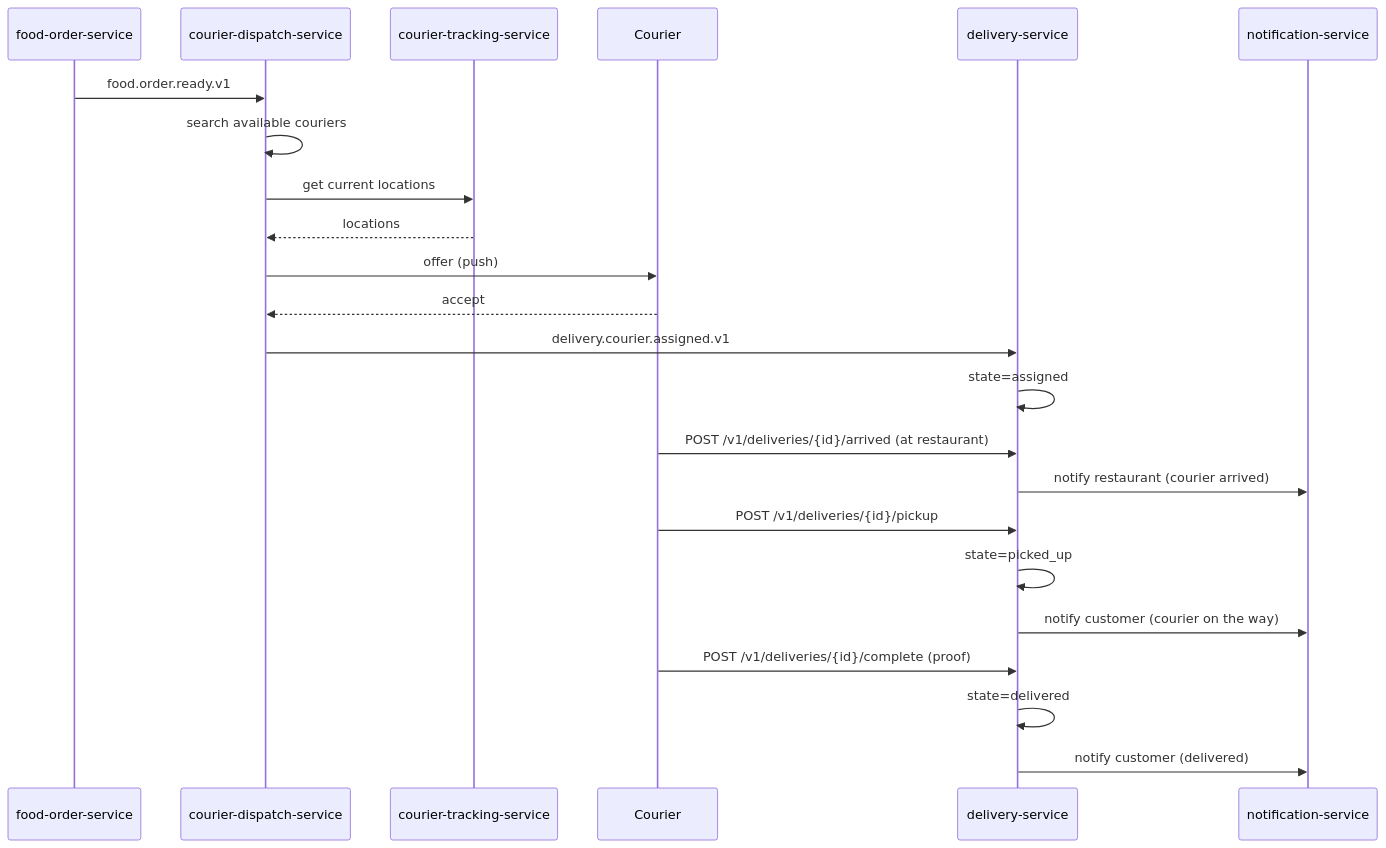
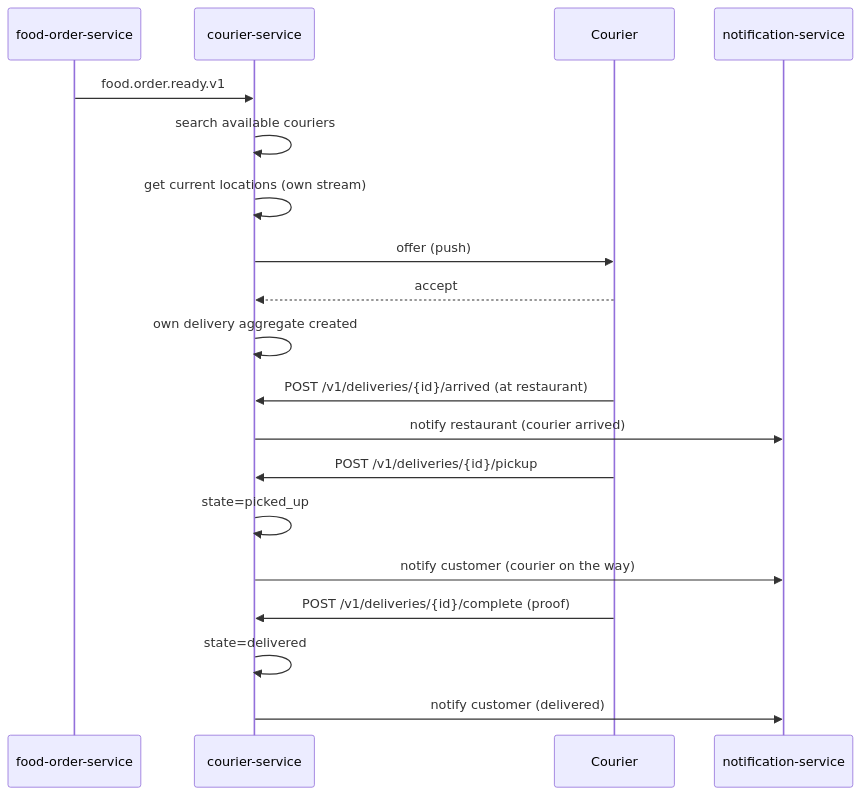
The fifth of 12 diagrams in docs/workflows/FOOD_ORDER_WORKFLOWS.md (mohamedhabibwork/trips-enjoy-docs), drawn with Mermaid before and after one commit. The commit also changed other lines of this file and 525 other files, not shown here.

````diff
--- a/docs/workflows/FOOD_ORDER_WORKFLOWS.md
+++ b/docs/workflows/FOOD_ORDER_WORKFLOWS.md
@@ -177,26 +165,22 @@
 ```mermaid
 sequenceDiagram
     participant FOR as food-order-service
-    participant CDP as courier-dispatch-service
-    participant CTR as courier-tracking-service
+    participant COS as courier-service
     participant CUR as Courier
-    participant DLV as delivery-service
     participant NOT as notification-service
 
-    FOR->>CDP: food.order.ready.v1
-    CDP->>CDP: search available couriers
-    CDP->>CTR: get current locations
-    CTR-->>CDP: locations
-    CDP->>CUR: offer (push)
-    CUR-->>CDP: accept
-    CDP->>DLV: delivery.courier.assigned.v1
-    DLV->>DLV: state=assigned
-    CUR->>DLV: POST /v1/deliveries/{id}/arrived (at restaurant)
-    DLV->>NOT: notify restaurant (courier arrived)
-    CUR->>DLV: POST /v1/deliveries/{id}/pickup
-    DLV->>DLV: state=picked_up
-    DLV->>NOT: notify customer (courier on the way)
-    CUR->>DLV: POST /v1/deliveries/{id}/complete (proof)
-    DLV->>DLV: state=delivered
-    DLV->>NOT: notify customer (delivered)
+    FOR->>COS: food.order.ready.v1
+    COS->>COS: search available couriers
+    COS->>COS: get current locations (own stream)
+    COS->>CUR: offer (push)
+    CUR-->>COS: accept
+    COS->>COS: own delivery aggregate created
+    CUR->>COS: POST /v1/deliveries/{id}/arrived (at restaurant)
+    COS->>NOT: notify restaurant (courier arrived)
+    CUR->>COS: POST /v1/deliveries/{id}/pickup
+    COS->>COS: state=picked_up
+    COS->>NOT: notify customer (courier on the way)
+    CUR->>COS: POST /v1/deliveries/{id}/complete (proof)
+    COS->>COS: state=delivered
+    COS->>NOT: notify customer (delivered)
 ```
````
